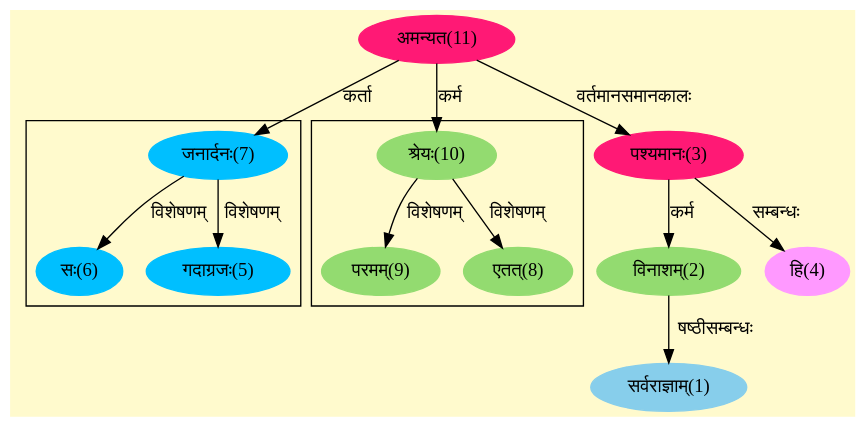
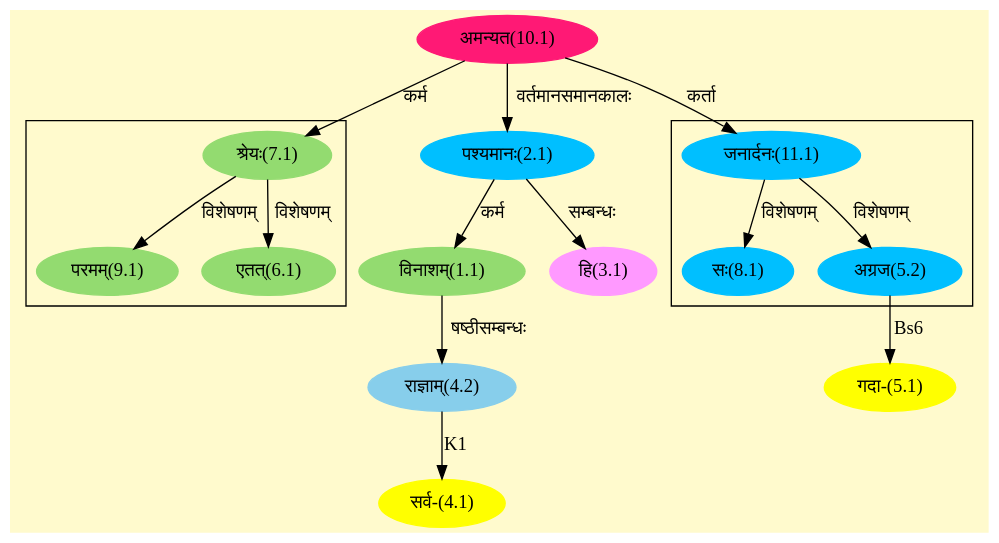
The diagram in assets/graphs/05_007_1.dot (ska-mahe-blr/ska-ereader.github.io), drawn with Graphviz before and after one commit. The commit also changed 1152 other files, not shown here.

```diff
--- a/assets/graphs/05_007_1.dot
+++ b/assets/graphs/05_007_1.dot
@@ -1,38 +1,43 @@
 digraph G{
 rankdir=BT;
  compound=true;
  bgcolor="lemonchiffon1";
 
 subgraph cluster_1{
-Node5 [style=filled, color="#00BFFF" label = "गदाग्रजः(5)"]
-Node7 [style=filled, color="#00BFFF" label = "जनार्दनः(7)"]
-Node6 [style=filled, color="#00BFFF" label = "सः(6)"]
+Node5_2 [style=filled, color="#00BFFF" label = "अग्रज(5.2)"]
+Node11_1 [style=filled, color="#00BFFF" label = "जनार्दनः(11.1)"]
+Node8_1 [style=filled, color="#00BFFF" label = "सः(8.1)"]
 
 }
 
 subgraph cluster_2{
-Node8 [style=filled, color="#93DB70" label = "एतत्(8)"]
-Node10 [style=filled, color="#93DB70" label = "श्रेयः(10)"]
-Node9 [style=filled, color="#93DB70" label = "परमम्(9)"]
+Node6_1 [style=filled, color="#93DB70" label = "एतत्(6.1)"]
+Node7_1 [style=filled, color="#93DB70" label = "श्रेयः(7.1)"]
+Node9_1 [style=filled, color="#93DB70" label = "परमम्(9.1)"]
 
 }
-Node1 [style=filled, color="#87CEEB" label = "सर्वराज्ञाम्(1)"]
-Node2 [style=filled, color="#93DB70" label = "विनाशम्(2)"]
-Node3 [style=filled, color="#FF1975" label = "पश्यमानः(3)"]
-Node11 [style=filled, color="#FF1975" label = "अमन्यत(11)"]
-Node4 [style=filled, color="#FF99FF" label = "हि(4)"]
-Node7 [style=filled, color="#00BFFF" label = "जनार्दनः(7)"]
-Node10 [style=filled, color="#93DB70" label = "श्रेयः(10)"]
+Node1_1 [style=filled, color="#93DB70" label = "विनाशम्(1.1)"]
+Node2_1 [style=filled, color="#00BFFF" label = "पश्यमानः(2.1)"]
+Node10_1 [style=filled, color="#FF1975" label = "अमन्यत(10.1)"]
+Node3_1 [style=filled, color="#FF99FF" label = "हि(3.1)"]
+Node4_1 [style=filled, color="#FFFF00" label = "सर्व-(4.1)"]
+Node4_2 [style=filled, color="#87CEEB" label = "राज्ञाम्(4.2)"]
+Node5_1 [style=filled, color="#FFFF00" label = "गदा-(5.1)"]
+Node5_2 [style=filled, color="#00BFFF" label = "अग्रज(5.2)"]
+Node7_1 [style=filled, color="#93DB70" label = "श्रेयः(7.1)"]
+Node11_1 [style=filled, color="#00BFFF" label = "जनार्दनः(11.1)"]
 /* Start of Relations section */
 
-Node1 -> Node2 [  label="षष्ठीसम्बन्धः"  dir="back" ]
-Node2 -> Node3 [  label="कर्म"  dir="back" ]
-Node3 -> Node11 [  label="वर्तमानसमानकालः"  dir="back" ]
-Node4 -> Node3 [  label="सम्बन्धः"  dir="back" ]
-Node5 -> Node7 [  label="विशेषणम्"  dir="back" ]
-Node6 -> Node7 [  label="विशेषणम्"  dir="back" ]
-Node7 -> Node11 [  label="कर्ता"  dir="back" ]
-Node8 -> Node10 [  label="विशेषणम्"  dir="back" ]
-Node9 -> Node10 [  label="विशेषणम्"  dir="back" ]
-Node10 -> Node11 [  label="कर्म"  dir="back" ]
+Node1_1 -> Node2_1 [  label="कर्म"  dir="back" ]
+Node2_1 -> Node10_1 [  label="वर्तमानसमानकालः"  dir="back" ]
+Node3_1 -> Node2_1 [  label="सम्बन्धः"  dir="back" ]
+Node4_1 -> Node4_2 [  label="K1"  dir="back" ]
+Node4_2 -> Node1_1 [  label="षष्ठीसम्बन्धः"  dir="back" ]
+Node5_1 -> Node5_2 [  label="Bs6"  dir="back" ]
+Node5_2 -> Node11_1 [  label="विशेषणम्"  dir="back" ]
+Node6_1 -> Node7_1 [  label="विशेषणम्"  dir="back" ]
+Node7_1 -> Node10_1 [  label="कर्म"  dir="back" ]
+Node8_1 -> Node11_1 [  label="विशेषणम्"  dir="back" ]
+Node9_1 -> Node7_1 [  label="विशेषणम्"  dir="back" ]
+Node11_1 -> Node10_1 [  label="कर्ता"  dir="back" ]
 }
```
